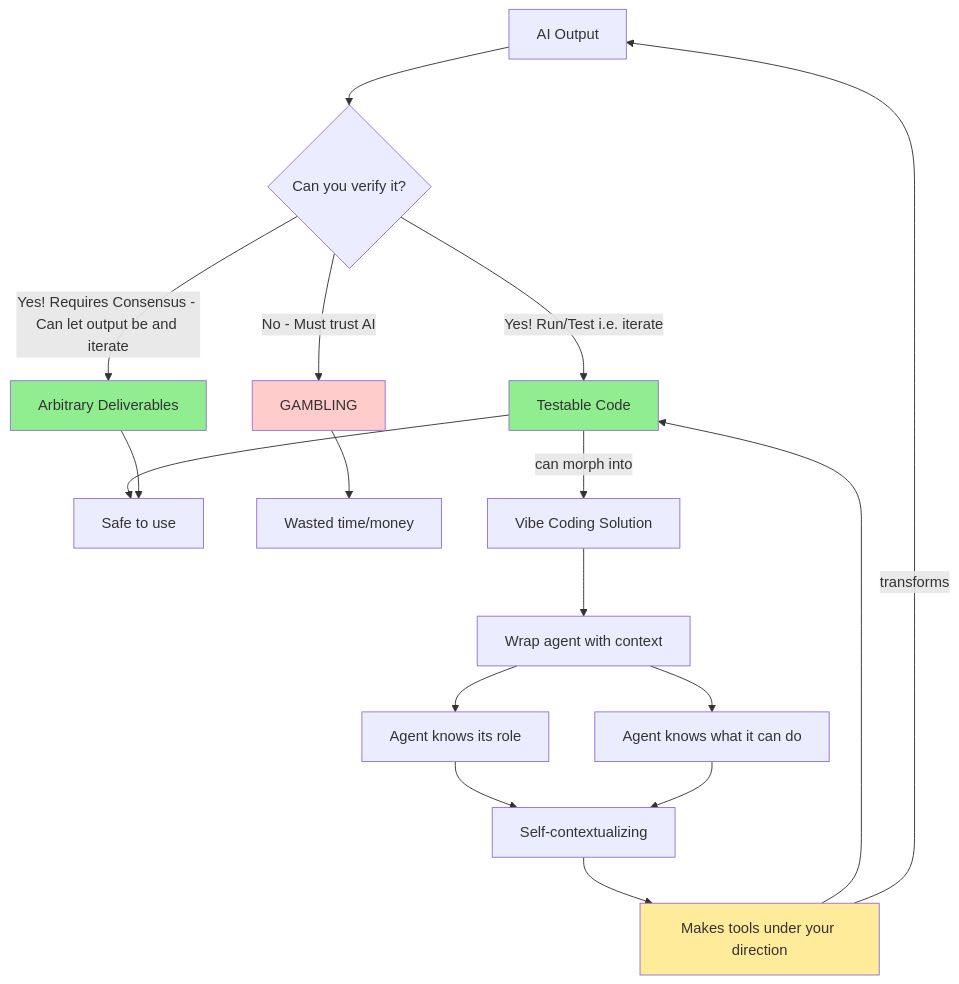
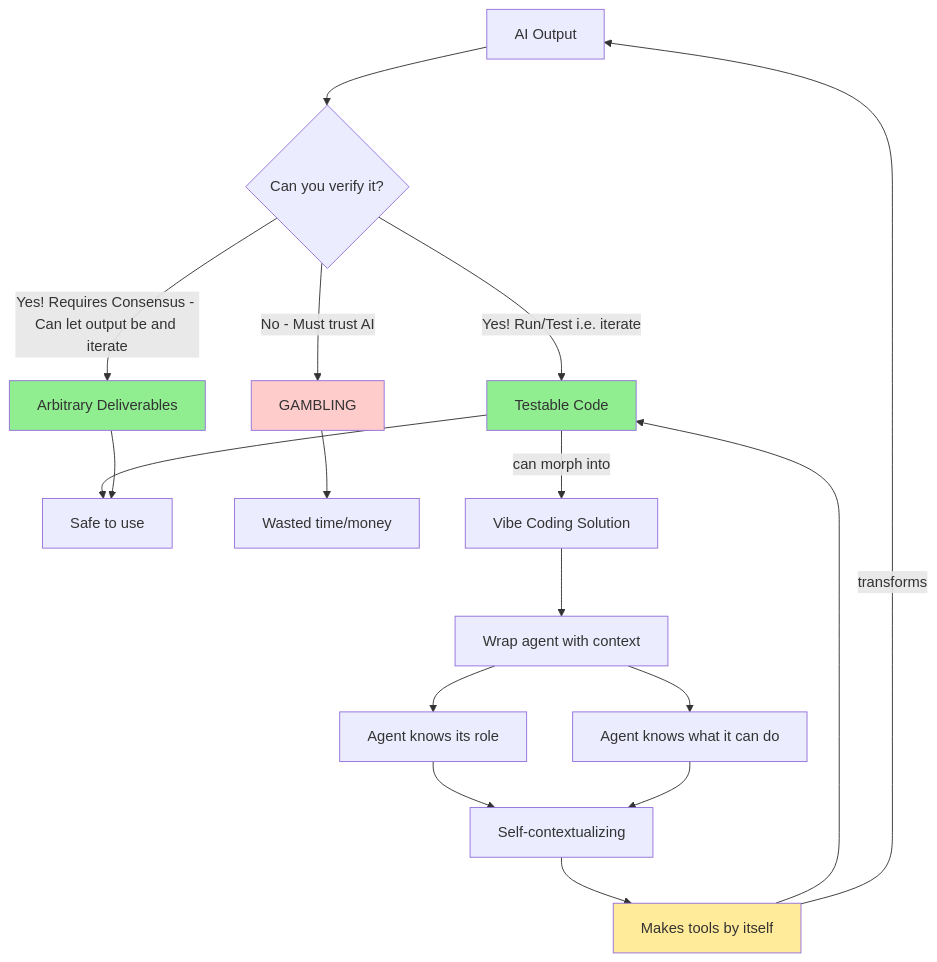
Before and after one commit to sancovp/starship-mcp: the diagram in docs/diagrams/0_BaseSituation.mermaid, drawn with Mermaid.

```diff
--- a/docs/diagrams/0_BaseSituation.mermaid
+++ b/docs/diagrams/0_BaseSituation.mermaid
@@ -1,24 +1,24 @@
 flowchart TD
     A[AI Output] --> B{Can you verify it?}
     B -->|Yes! Run/Test i.e. iterate| C[Testable Code]
     B -->|Yes! Requires Consensus - Can let output be and iterate| D[Arbitrary Deliverables]
     B -->|No - Must trust AI| E[GAMBLING]
     
     C --> F[Safe to use]
     D --> F
     E --> G[Wasted time/money]
     
     H[Vibe Coding Solution] --> I[Wrap agent with context]
     I --> J[Agent knows its role]
     I --> K[Agent knows what it can do]
     J --> L[Self-contextualizing]
     K --> L
-    L --> M[Makes tools under your direction]
+    L --> M[Makes tools by itself]
     M --> C
     C -->|can morph into| H
     M -->|transforms| A
     
     style C fill:#90EE90
     style D fill:#90EE90
     style E fill:#ffcccc
     style M fill:#ffeb99
```
